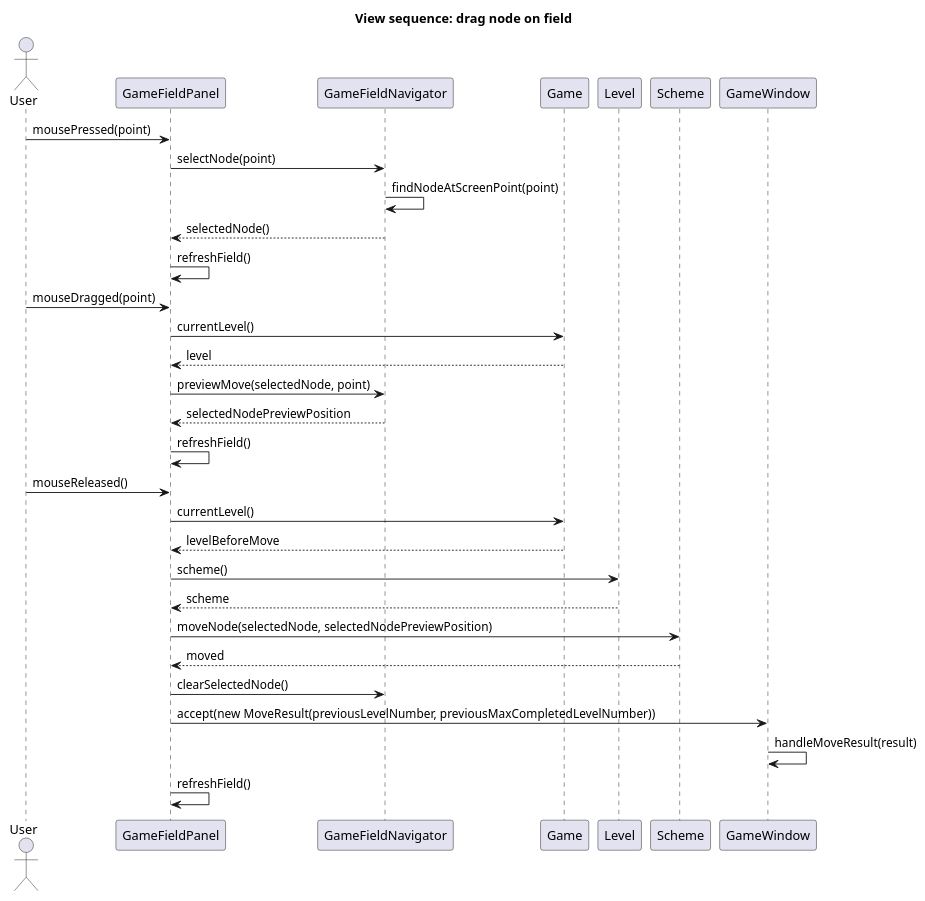
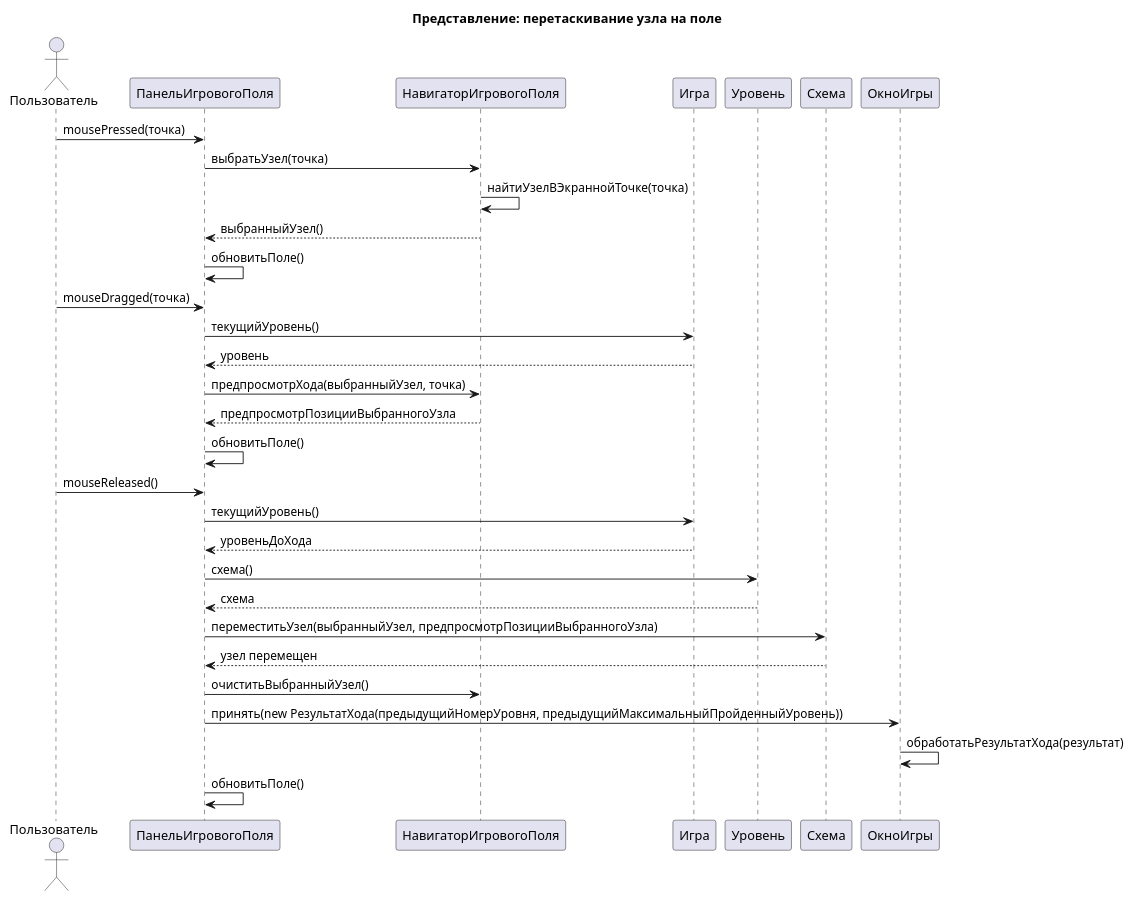
One commit to dmitriyBreyfogel/Untangle changed the diagram in diagrams/View sequence diagrams/03 Drag node on field.puml. Above: the diagram before and after it, drawn with PlantUML. The commit also changed 21 other files, not shown here.

Commit message:
[diagrams] Переведены PlantUML диаграммы на русский

```diff
--- a/diagrams/View sequence diagrams/03 Drag node on field.puml
+++ b/diagrams/View sequence diagrams/03 Drag node on field.puml
@@ -1,37 +1,37 @@
 @startuml
-title View sequence: drag node on field
+title Представление: перетаскивание узла на поле
 
-actor User
-participant "GameFieldPanel" as GameFieldPanel
-participant "GameFieldNavigator" as GameFieldNavigator
-participant "Game" as Game
-participant "Level" as Level
-participant "Scheme" as Scheme
-participant "GameWindow" as GameWindow
+actor Пользователь
+participant "ПанельИгровогоПоля" as ПанельИгровогоПоля
+participant "НавигаторИгровогоПоля" as НавигаторИгровогоПоля
+participant "Игра" as Игра
+participant "Уровень" as Уровень
+participant "Схема" as Схема
+participant "ОкноИгры" as ОкноИгры
 
-User -> GameFieldPanel : mousePressed(point)
-GameFieldPanel -> GameFieldNavigator : selectNode(point)
-GameFieldNavigator -> GameFieldNavigator : findNodeAtScreenPoint(point)
-GameFieldNavigator --> GameFieldPanel : selectedNode()
-GameFieldPanel -> GameFieldPanel : refreshField()
+Пользователь -> ПанельИгровогоПоля : mousePressed(точка)
+ПанельИгровогоПоля -> НавигаторИгровогоПоля : выбратьУзел(точка)
+НавигаторИгровогоПоля -> НавигаторИгровогоПоля : найтиУзелВЭкраннойТочке(точка)
+НавигаторИгровогоПоля --> ПанельИгровогоПоля : выбранныйУзел()
+ПанельИгровогоПоля -> ПанельИгровогоПоля : обновитьПоле()
 
-User -> GameFieldPanel : mouseDragged(point)
-GameFieldPanel -> Game : currentLevel()
-Game --> GameFieldPanel : level
-GameFieldPanel -> GameFieldNavigator : previewMove(selectedNode, point)
-GameFieldNavigator --> GameFieldPanel : selectedNodePreviewPosition
-GameFieldPanel -> GameFieldPanel : refreshField()
+Пользователь -> ПанельИгровогоПоля : mouseDragged(точка)
+ПанельИгровогоПоля -> Игра : текущийУровень()
+Игра --> ПанельИгровогоПоля : уровень
+ПанельИгровогоПоля -> НавигаторИгровогоПоля : предпросмотрХода(выбранныйУзел, точка)
+НавигаторИгровогоПоля --> ПанельИгровогоПоля : предпросмотрПозицииВыбранногоУзла
+ПанельИгровогоПоля -> ПанельИгровогоПоля : обновитьПоле()
 
-User -> GameFieldPanel : mouseReleased()
-GameFieldPanel -> Game : currentLevel()
-Game --> GameFieldPanel : levelBeforeMove
-GameFieldPanel -> Level : scheme()
-Level --> GameFieldPanel : scheme
-GameFieldPanel -> Scheme : moveNode(selectedNode, selectedNodePreviewPosition)
-Scheme --> GameFieldPanel : moved
-GameFieldPanel -> GameFieldNavigator : clearSelectedNode()
-GameFieldPanel -> GameWindow : accept(new MoveResult(previousLevelNumber, previousMaxCompletedLevelNumber))
-GameWindow -> GameWindow : handleMoveResult(result)
-GameFieldPanel -> GameFieldPanel : refreshField()
+Пользователь -> ПанельИгровогоПоля : mouseReleased()
+ПанельИгровогоПоля -> Игра : текущийУровень()
+Игра --> ПанельИгровогоПоля : уровеньДоХода
+ПанельИгровогоПоля -> Уровень : схема()
+Уровень --> ПанельИгровогоПоля : схема
+ПанельИгровогоПоля -> Схема : переместитьУзел(выбранныйУзел, предпросмотрПозицииВыбранногоУзла)
+Схема --> ПанельИгровогоПоля : узел перемещен
+ПанельИгровогоПоля -> НавигаторИгровогоПоля : очиститьВыбранныйУзел()
+ПанельИгровогоПоля -> ОкноИгры : принять(new РезультатХода(предыдущийНомерУровня, предыдущийМаксимальныйПройденныйУровень))
+ОкноИгры -> ОкноИгры : обработатьРезультатХода(результат)
+ПанельИгровогоПоля -> ПанельИгровогоПоля : обновитьПоле()
 
 @enduml
```
